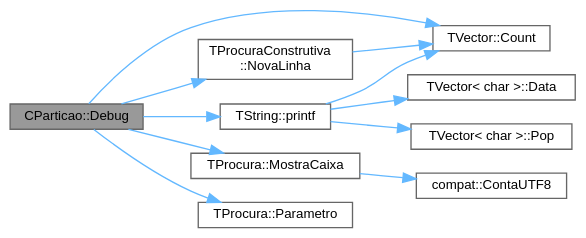
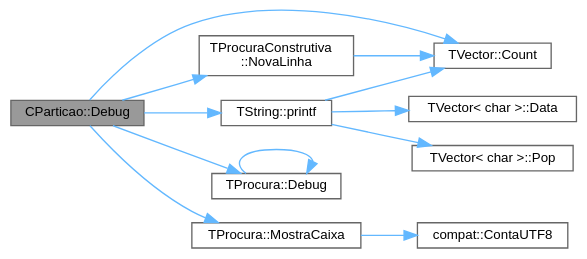
Before and after one commit to jcoelho72/TProcura: the diagram in classCParticao_ab4ae8a64ecfa771df00a6977409863ee_cgraph.dot, drawn with Graphviz. The commit also changed 125 other files, not shown here.

```diff
--- a/classCParticao_ab4ae8a64ecfa771df00a6977409863ee_cgraph.dot
+++ b/classCParticao_ab4ae8a64ecfa771df00a6977409863ee_cgraph.dot
@@ -1,27 +1,28 @@
 digraph "CParticao::Debug"
 {
  // LATEX_PDF_SIZE
   bgcolor="transparent";
   edge [fontname=Helvetica,fontsize=10,labelfontname=Helvetica,labelfontsize=10];
   node [fontname=Helvetica,fontsize=10,shape=box,height=0.2,width=0.4];
   rankdir="LR";
   Node1 [id="Node000001",label="CParticao::Debug",height=0.2,width=0.4,color="gray40", fillcolor="grey60", style="filled", fontcolor="black",tooltip="Mostra o estado no ecrã, para debug."];
   Node1 -> Node2 [id="edge1_Node000001_Node000002",color="steelblue1",style="solid",tooltip=" "];
   Node2 [id="Node000002",label="TVector::Count",height=0.2,width=0.4,color="grey40", fillcolor="white", style="filled",URL="$classTVector.html#ac3c744d84543ca6e32859eb7dfccfeef",tooltip=" "];
   Node1 -> Node3 [id="edge2_Node000001_Node000003",color="steelblue1",style="solid",tooltip=" "];
-  Node3 [id="Node000003",label="TProcura::MostraCaixa",height=0.2,width=0.4,color="grey40", fillcolor="white", style="filled",URL="$classTProcura.html#a07ef3e2896824e87650013dfefb3d665",tooltip=" "];
-  Node3 -> Node4 [id="edge3_Node000003_Node000004",color="steelblue1",style="solid",tooltip=" "];
-  Node4 [id="Node000004",label="compat::ContaUTF8",height=0.2,width=0.4,color="grey40", fillcolor="white", style="filled",URL="$namespacecompat.html#a2cc00022a29bc0fc08165228956a10f5",tooltip=" "];
-  Node1 -> Node5 [id="edge4_Node000001_Node000005",color="steelblue1",style="solid",tooltip=" "];
-  Node5 [id="Node000005",label="TProcuraConstrutiva\l::NovaLinha",height=0.2,width=0.4,color="grey40", fillcolor="white", style="filled",URL="$classTProcuraConstrutiva.html#a7426b2abb333f77ef5d00ae46d5f2d32",tooltip=" "];
-  Node5 -> Node2 [id="edge5_Node000005_Node000002",color="steelblue1",style="solid",tooltip=" "];
+  Node3 [id="Node000003",label="TProcura::Debug",height=0.2,width=0.4,color="grey40", fillcolor="white", style="filled",URL="$classTProcura.html#a0c5676c1b54ab6bdc1045b98aeafe456",tooltip="Mostra o estado no ecrã, para debug."];
+  Node3 -> Node3 [id="edge3_Node000003_Node000003",color="steelblue1",style="solid",tooltip=" "];
+  Node1 -> Node4 [id="edge4_Node000001_Node000004",color="steelblue1",style="solid",tooltip=" "];
+  Node4 [id="Node000004",label="TProcura::MostraCaixa",height=0.2,width=0.4,color="grey40", fillcolor="white", style="filled",URL="$classTProcura.html#a07ef3e2896824e87650013dfefb3d665",tooltip=" "];
+  Node4 -> Node5 [id="edge5_Node000004_Node000005",color="steelblue1",style="solid",tooltip=" "];
+  Node5 [id="Node000005",label="compat::ContaUTF8",height=0.2,width=0.4,color="grey40", fillcolor="white", style="filled",URL="$namespacecompat.html#a2cc00022a29bc0fc08165228956a10f5",tooltip=" "];
   Node1 -> Node6 [id="edge6_Node000001_Node000006",color="steelblue1",style="solid",tooltip=" "];
-  Node6 [id="Node000006",label="TProcura::Parametro",height=0.2,width=0.4,color="grey40", fillcolor="white", style="filled",URL="$classTProcura.html#a0e9e692f29af8a5d5279a8647c800437",tooltip=" "];
-  Node1 -> Node7 [id="edge7_Node000001_Node000007",color="steelblue1",style="solid",tooltip=" "];
+  Node6 [id="Node000006",label="TProcuraConstrutiva\l::NovaLinha",height=0.2,width=0.4,color="grey40", fillcolor="white", style="filled",URL="$classTProcuraConstrutiva.html#a7426b2abb333f77ef5d00ae46d5f2d32",tooltip=" "];
+  Node6 -> Node2 [id="edge7_Node000006_Node000002",color="steelblue1",style="solid",tooltip=" "];
+  Node1 -> Node7 [id="edge8_Node000001_Node000007",color="steelblue1",style="solid",tooltip=" "];
   Node7 [id="Node000007",label="TString::printf",height=0.2,width=0.4,color="grey40", fillcolor="white", style="filled",URL="$classTString.html#a4b9a718839325a0e057bc6e2483d3f17",tooltip=" "];
-  Node7 -> Node2 [id="edge8_Node000007_Node000002",color="steelblue1",style="solid",tooltip=" "];
-  Node7 -> Node8 [id="edge9_Node000007_Node000008",color="steelblue1",style="solid",tooltip=" "];
+  Node7 -> Node2 [id="edge9_Node000007_Node000002",color="steelblue1",style="solid",tooltip=" "];
+  Node7 -> Node8 [id="edge10_Node000007_Node000008",color="steelblue1",style="solid",tooltip=" "];
   Node8 [id="Node000008",label="TVector\< char \>::Data",height=0.2,width=0.4,color="grey40", fillcolor="white", style="filled",URL="$classTVector.html#addd572d70b587092fddc21a8b0f53120",tooltip="Acesso direto."];
-  Node7 -> Node9 [id="edge10_Node000007_Node000009",color="steelblue1",style="solid",tooltip=" "];
+  Node7 -> Node9 [id="edge11_Node000007_Node000009",color="steelblue1",style="solid",tooltip=" "];
   Node9 [id="Node000009",label="TVector\< char \>::Pop",height=0.2,width=0.4,color="grey40", fillcolor="white", style="filled",URL="$classTVector.html#a3249913626d54e46b07e168ce1f05d87",tooltip=" "];
 }
```
